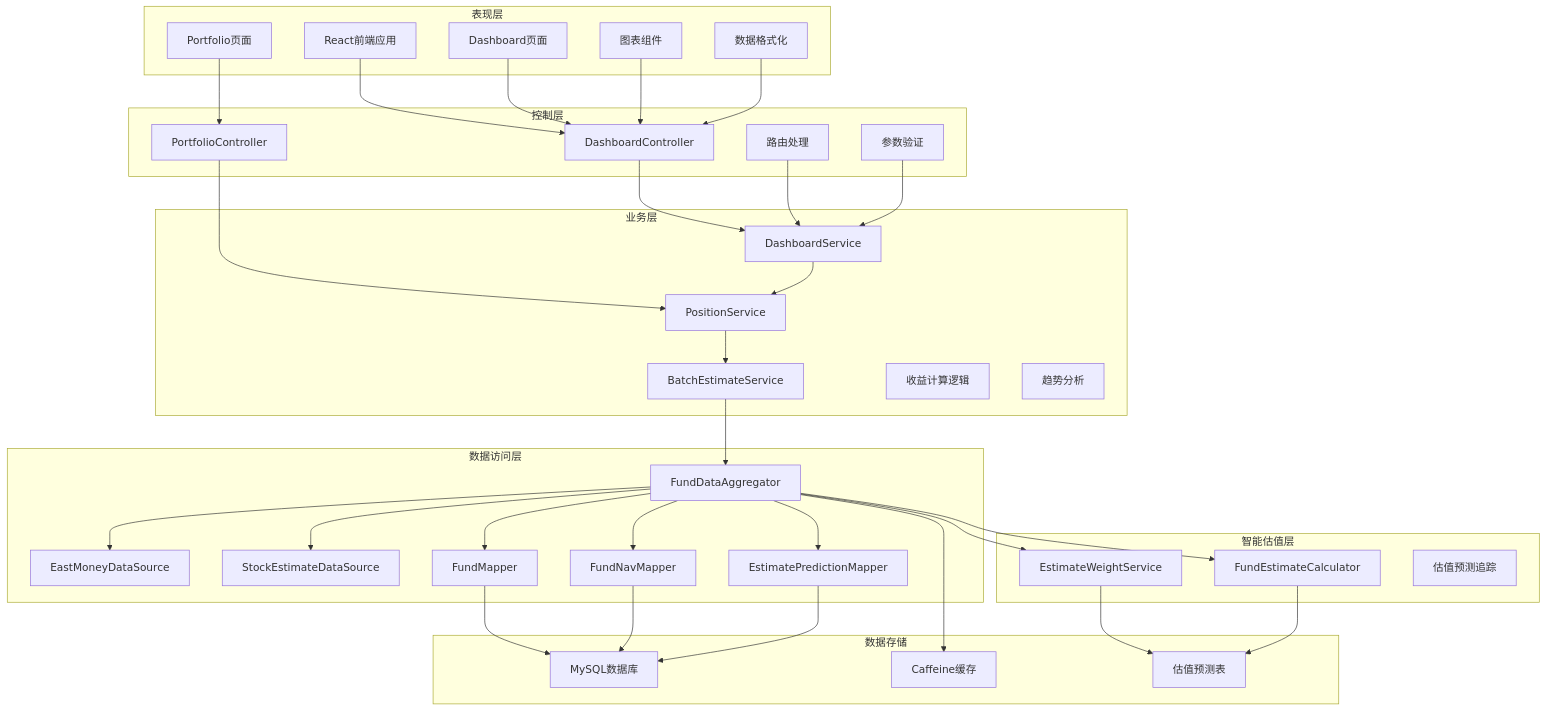
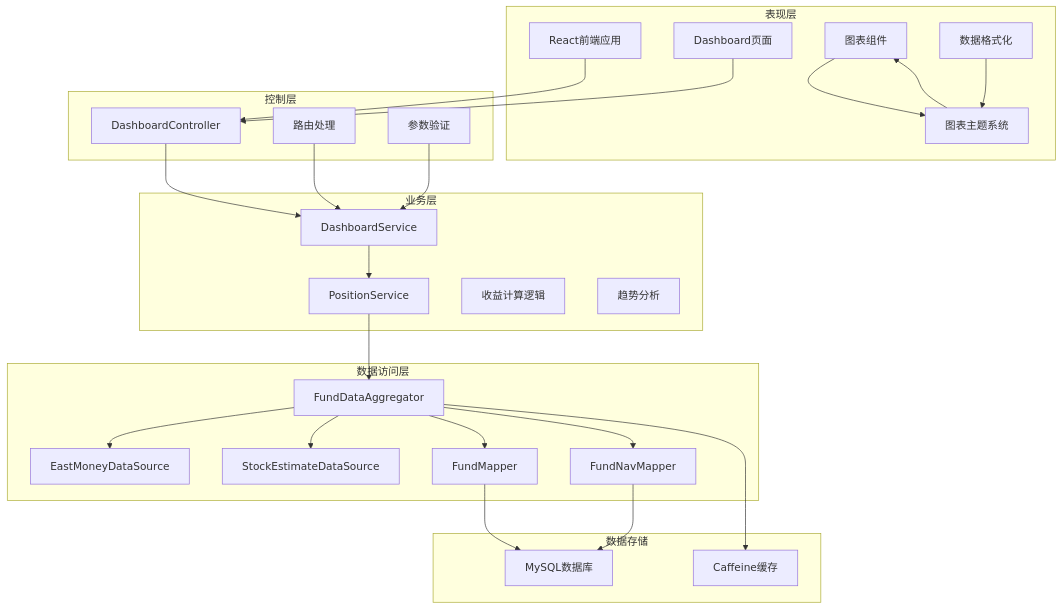
One commit to gree-coder/fund-butler changed the fourth of 11 diagrams in .qoder/repowiki/zh/content/核心功能开发/实时市场数据可视化.md. Above: the diagram before and after it, drawn with Mermaid. The commit also changed other lines of this file and 21 other files, not shown here.

````diff
--- a/.qoder/repowiki/zh/content/核心功能开发/实时市场数据可视化.md
+++ b/.qoder/repowiki/zh/content/核心功能开发/实时市场数据可视化.md
@@ -209,66 +195,49 @@
 ```mermaid
 graph TB
 subgraph "表现层"
 A[React前端应用]
 B[Dashboard页面]
-C[Portfolio页面]
-D[图表组件]
-E[数据格式化]
+C[图表组件]
+D[数据格式化]
+E[图表主题系统]
 end
 subgraph "控制层"
 F[DashboardController]
-G[PortfolioController]
-H[路由处理]
-I[参数验证]
+G[路由处理]
+H[参数验证]
 end
 subgraph "业务层"
-J[DashboardService]
-K[PositionService]
-L[BatchEstimateService]
-M[收益计算逻辑]
-N[趋势分析]
-end
-subgraph "智能估值层"
-O[EstimateWeightService]
-P[FundEstimateCalculator]
-Q[估值预测追踪]
+I[DashboardService]
+J[PositionService]
+K[收益计算逻辑]
+L[趋势分析]
 end
 subgraph "数据访问层"
-R[FundDataAggregator]
-S[EastMoneyDataSource]
-T[StockEstimateDataSource]
-U[FundMapper]
-V[FundNavMapper]
-W[EstimatePredictionMapper]
+M[FundDataAggregator]
+N[EastMoneyDataSource]
+O[StockEstimateDataSource]
+P[FundMapper]
+Q[FundNavMapper]
 end
 subgraph "数据存储"
-X[MySQL数据库]
-Y[Caffeine缓存]
-Z[估值预测表]
+R[MySQL数据库]
+S[Caffeine缓存]
 end
 A --> F
 B --> F
-C --> G
-D --> F
-E --> F
-F --> J
-G --> K
-H --> J
+C --> E
+D --> E
+F --> I
+G --> I
+H --> I
 I --> J
-J --> K
-K --> L
-L --> R
-R --> S
-R --> T
-R --> O
-R --> P
-R --> U
-R --> V
-R --> W
-U --> X
-V --> X
-W --> X
-R --> Y
-O --> Z
-P --> Z
+J --> M
+M --> N
+M --> O
+M --> P
+M --> Q
+P --> R
+Q --> R
+M --> S
+E --> C
 ```
````
